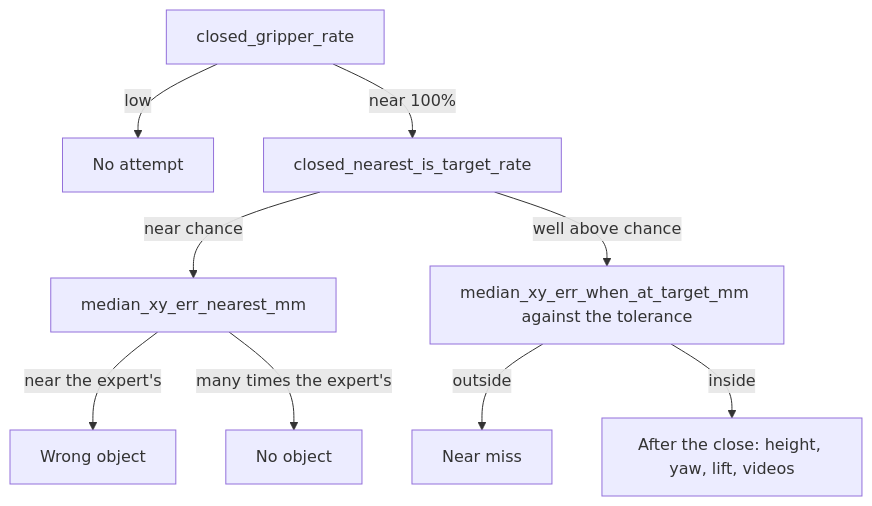
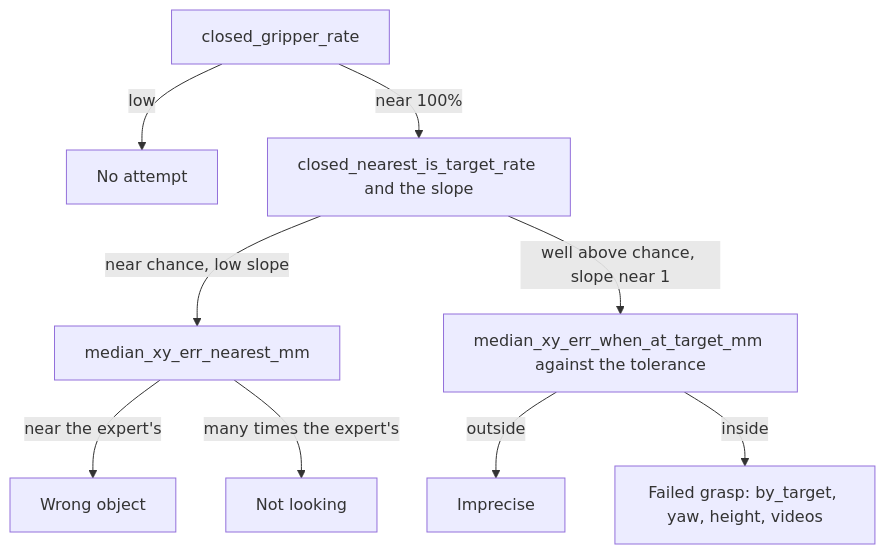
The diagram in content/chapters/92-measuring-failure.md (arianizadi/vla-from-scratch-site), drawn with Mermaid before and after one commit. The commit also changed other lines of this file and 479 other files, not shown here.

````diff
--- a/content/chapters/92-measuring-failure.md
+++ b/content/chapters/92-measuring-failure.md
@@ -65,11 +69,11 @@
 ```mermaid
 flowchart TD
     A["closed_gripper_rate"] -->|"low"| N["No attempt"]
-    A -->|"near 100%"| B["closed_nearest_is_target_rate"]
-    B -->|"near chance"| C["median_xy_err_nearest_mm"]
+    A -->|"near 100%"| B["closed_nearest_is_target_rate and the slope"]
+    B -->|"near chance, low slope"| C["median_xy_err_nearest_mm"]
     C -->|"near the expert's"| W["Wrong object"]
-    C -->|"many times the expert's"| O["No object"]
-    B -->|"well above chance"| D["median_xy_err_when_at_target_mm against the tolerance"]
-    D -->|"outside"| P["Near miss"]
-    D -->|"inside"| L["After the close: height, yaw, lift, videos"]
+    C -->|"many times the expert's"| O["Not looking"]
+    B -->|"well above chance, slope near 1"| D["median_xy_err_when_at_target_mm against the tolerance"]
+    D -->|"outside"| P["Imprecise"]
+    D -->|"inside"| L["Failed grasp: by_target, yaw, height, videos"]
 ```
````
